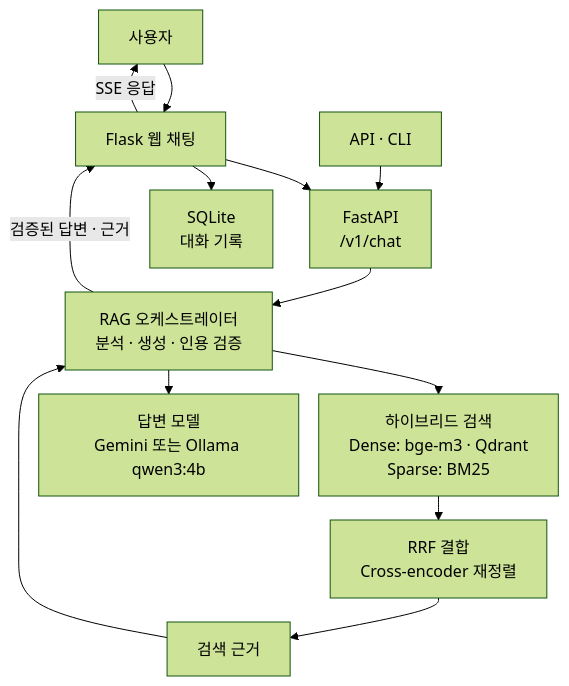
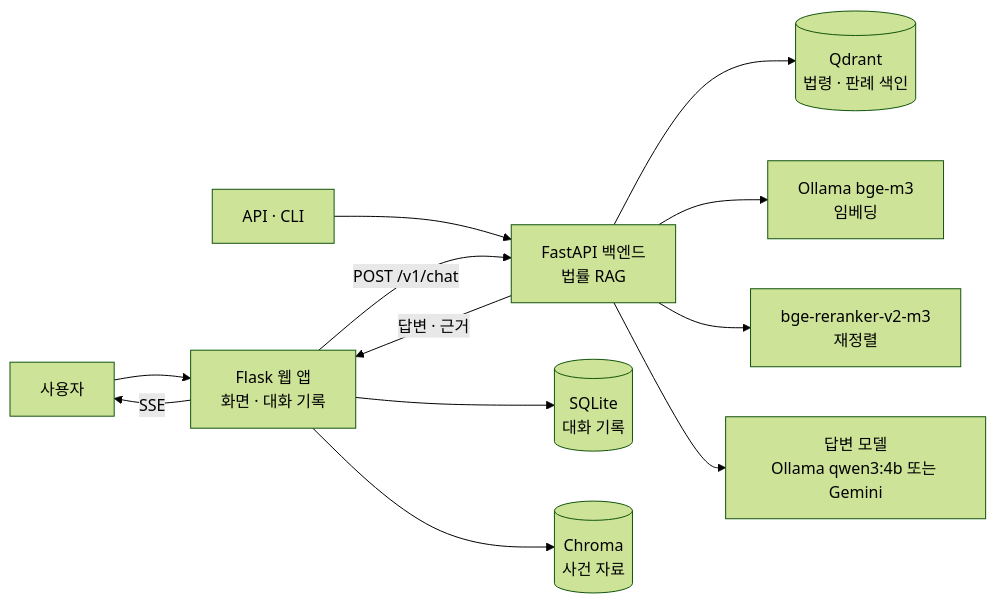
One commit to Fulish0707/LegalAssistant changed the first of 3 diagrams in README.md. Above: the diagram before and after it, drawn with Mermaid (forest theme). The commit also changed other lines of this file and 3 other files, not shown here.

First line of the commit message:
docs: rewrite the README in short sentences with captures and diagrams

```diff
--- a/README.md
+++ b/README.md
@@ -37,18 +51,16 @@
 ~~~mermaid
-%%{init: {"flowchart": {"nodeSpacing": 20, "rankSpacing": 24, "diagramPadding": 6}}}%%
-flowchart TB
-    User["사용자"] --> Web["Flask 웹 채팅"]
-    Web --> ChatAPI["FastAPI<br/>/v1/chat"]
-    Caller["API · CLI"] --> ChatAPI
+flowchart LR
+    User["사용자"] --> Web["Flask 웹 앱<br/>화면 · 대화 기록"]
+    Caller["API · CLI"] --> API
+    Web -->|"POST /v1/chat"| API["FastAPI 백엔드<br/>법률 RAG"]
+    API -->|"답변 · 근거"| Web
+    Web -->|"SSE"| User
 
-    ChatAPI --> Orchestrator["RAG 오케스트레이터<br/>분석 · 생성 · 인용 검증"]
-    Orchestrator --> Retrieval["하이브리드 검색<br/>Dense: bge-m3 · Qdrant<br/>Sparse: BM25"]
-    Retrieval --> Ranking["RRF 결합<br/>Cross-encoder 재정렬"]
-    Ranking --> Evidence["검색 근거"]
+    API --> Qdrant[("Qdrant<br/>법령 · 판례 색인")]
+    API --> Embed["Ollama bge-m3<br/>임베딩"]
+    API --> Rerank["bge-reranker-v2-m3<br/>재정렬"]
+    API --> LLM["답변 모델<br/>Ollama qwen3:4b 또는 Gemini"]
 
-    Evidence --> Orchestrator
-    Orchestrator --> LLM["답변 모델<br/>Gemini 또는 Ollama qwen3:4b"]
-    Orchestrator -->|검증된 답변 · 근거| Web
-    Web --> SQLite["SQLite<br/>대화 기록"]
-    Web -->|SSE 응답| User
+    Web --> SQLite[("SQLite<br/>대화 기록")]
+    Web --> Chroma[("Chroma<br/>사건 자료")]
 ~~~
```
